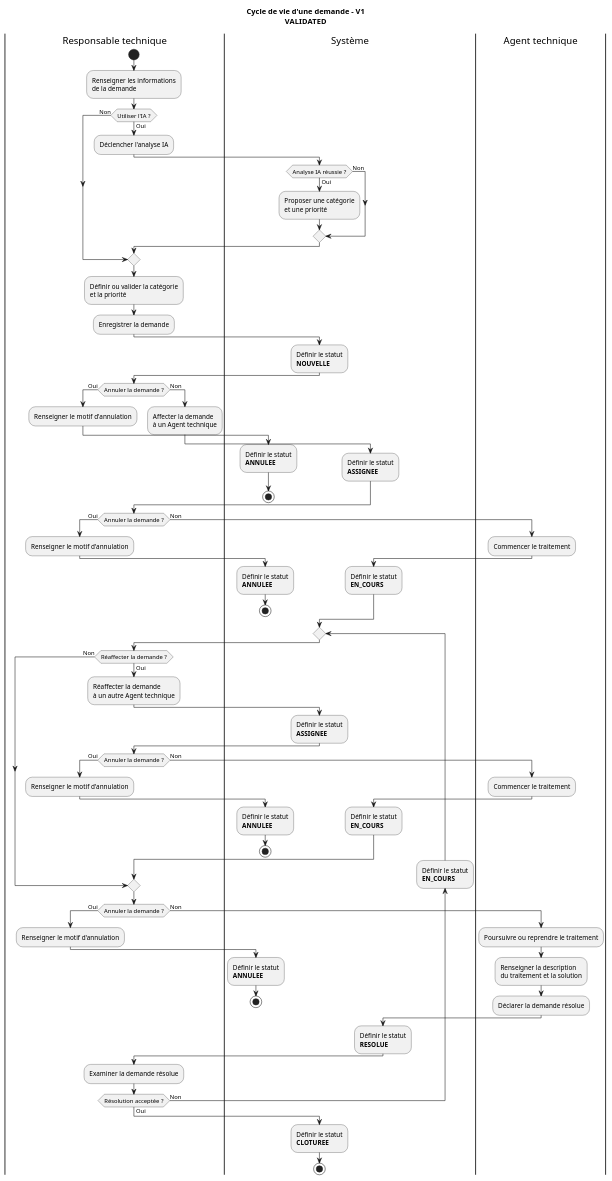
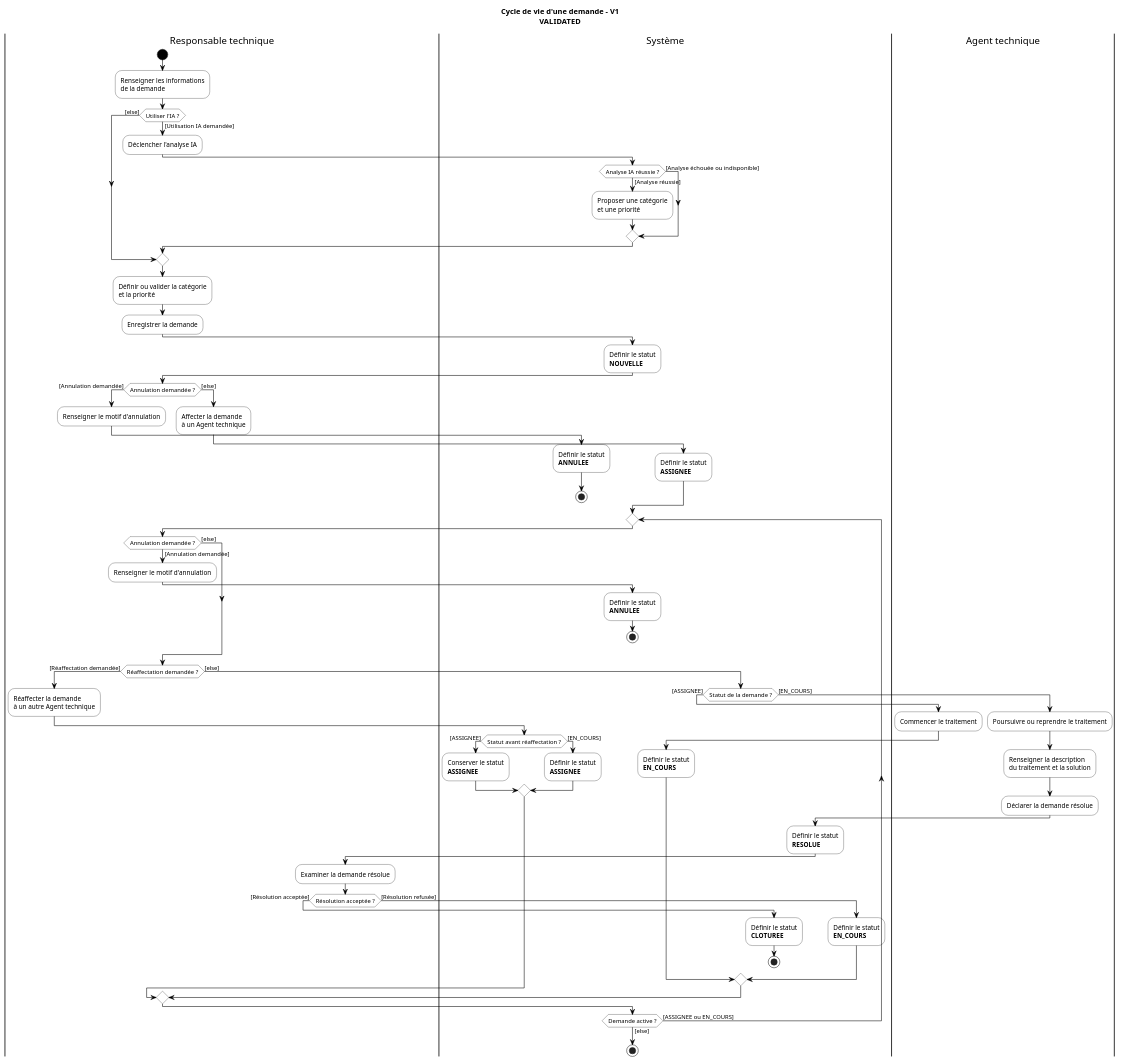
The diagram in docs/uml/activity/request-lifecycle-v1.puml (akrouty/gestion-demandes-techniques), drawn with PlantUML before and after one commit. The commit also changed 1 other file, not shown here.

Commit message:
UML validated

```diff
--- a/docs/uml/activity/request-lifecycle-v1.puml
+++ b/docs/uml/activity/request-lifecycle-v1.puml
@@ -1,107 +1,105 @@
 @startuml
 
 ' ============================================================
 ' Diagramme d'activité - Cycle de vie d'une demande - V1
 ' Statut : VALIDATED
 ' ============================================================
 
 title Cycle de vie d'une demande - V1\nVALIDATED
 
+skinparam monochrome true
 skinparam shadowing false
+skinparam backgroundColor white
+skinparam activity {
+  BackgroundColor white
+  BorderColor black
+  FontColor black
+  DiamondBackgroundColor white
+  DiamondBorderColor black
+  ArrowColor black
+  StartColor black
+  EndColor black
+}
 
 |Responsable technique|
 start
 :Renseigner les informations\nde la demande;
-if (Utiliser l'IA ?) then (Oui)
+if (Utiliser l'IA ?) then (~[Utilisation IA demandée~])
   :Déclencher l'analyse IA;
   |Système|
-  if (Analyse IA réussie ?) then (Oui)
+  if (Analyse IA réussie ?) then (~[Analyse réussie~])
     :Proposer une catégorie\net une priorité;
-  else (Non)
+  else (~[Analyse échouée ou indisponible~])
   endif
   |Responsable technique|
-else (Non)
+else (~[else~])
 endif
 :Définir ou valider la catégorie\net la priorité;
 :Enregistrer la demande;
 
 |Système|
 :Définir le statut\n**NOUVELLE**;
 
 |Responsable technique|
-
-if (Annuler la demande ?) then (Oui)
+if (Annulation demandée ?) then (~[Annulation demandée~])
   :Renseigner le motif d'annulation;
   |Système|
   :Définir le statut\n**ANNULEE**;
   stop
-else (Non)
+else (~[else~])
   |Responsable technique|
   :Affecter la demande\nà un Agent technique;
   |Système|
   :Définir le statut\n**ASSIGNEE**;
 endif
 
-|Responsable technique|
-if (Annuler la demande ?) then (Oui)
-  :Renseigner le motif d'annulation;
-  |Système|
-  :Définir le statut\n**ANNULEE**;
-  stop
-else (Non)
-  |Agent technique|
-  :Commencer le traitement;
-  |Système|
-  :Définir le statut\n**EN_COURS**;
-endif
-
 repeat
   |Responsable technique|
-  if (Réaffecter la demande ?) then (Oui)
+  if (Annulation demandée ?) then (~[Annulation demandée~])
+    :Renseigner le motif d'annulation;
+    |Système|
+    :Définir le statut\n**ANNULEE**;
+    stop
+  else (~[else~])
+  endif
+
+  |Responsable technique|
+  if (Réaffectation demandée ?) then (~[Réaffectation demandée~])
     :Réaffecter la demande\nà un autre Agent technique;
     |Système|
-    :Définir le statut\n**ASSIGNEE**;
-
-    |Responsable technique|
-    if (Annuler la demande ?) then (Oui)
-      :Renseigner le motif d'annulation;
-      |Système|
-      :Définir le statut\n**ANNULEE**;
-      stop
-    else (Non)
+    if (Statut avant réaffectation ?) then (~[ASSIGNEE~])
+      :Conserver le statut\n**ASSIGNEE**;
+    else (~[EN_COURS~])
+      :Définir le statut\n**ASSIGNEE**;
+    endif
+  else (~[else~])
+    |Système|
+    if (Statut de la demande ?) then (~[ASSIGNEE~])
       |Agent technique|
       :Commencer le traitement;
       |Système|
       :Définir le statut\n**EN_COURS**;
+    else (~[EN_COURS~])
+      |Agent technique|
+      :Poursuivre ou reprendre le traitement;
+      :Renseigner la description\ndu traitement et la solution;
+      :Déclarer la demande résolue;
+      |Système|
+      :Définir le statut\n**RESOLUE**;
+
+      |Responsable technique|
+      :Examiner la demande résolue;
+      if (Résolution acceptée ?) then (~[Résolution acceptée~])
+        |Système|
+        :Définir le statut\n**CLOTUREE**;
+        stop
+      else (~[Résolution refusée~])
+        |Système|
+        :Définir le statut\n**EN_COURS**;
+      endif
     endif
-  else (Non)
   endif
-
-  |Responsable technique|
-  if (Annuler la demande ?) then (Oui)
-    :Renseigner le motif d'annulation;
-    |Système|
-    :Définir le statut\n**ANNULEE**;
-    stop
-  else (Non)
-    |Agent technique|
-    :Poursuivre ou reprendre le traitement;
-    :Renseigner la description\ndu traitement et la solution;
-    :Déclarer la demande résolue;
-    |Système|
-    :Définir le statut\n**RESOLUE**;
-  endif
-
-  |Responsable technique|
-  :Examiner la demande résolue;
-
-  |Système|
-  backward :Définir le statut\n**EN_COURS**;
-  |Responsable technique|
-repeat while (Résolution acceptée ?) is (Non) not (Oui)
-
-|Système|
-:Définir le statut\n**CLOTUREE**;
+repeat while (Demande active ?) is (~[ASSIGNEE ou EN_COURS~]) not (~[else~])
 stop
 
 @enduml
```
